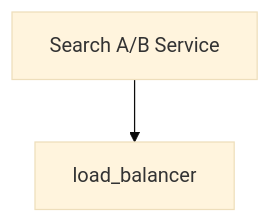
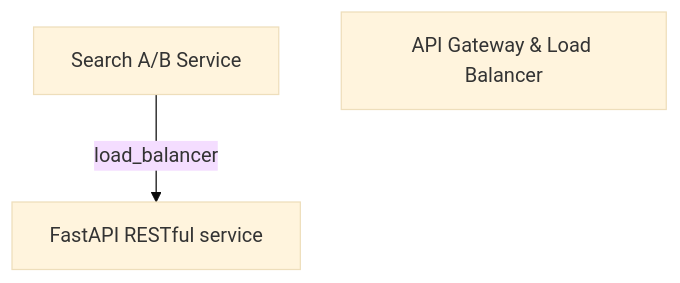
One commit to caiferris/qtact changed the diagram in osprey_search_ARCHITECTURE.md. Above: the diagram before and after it, drawn with Mermaid (base theme).

Commit message:
Updated osprey doc

````diff
--- a/osprey_search_ARCHITECTURE.md
+++ b/osprey_search_ARCHITECTURE.md
@@ -45,5 +45,7 @@
 ```mermaid
 flowchart 
   query["Search A/B Service"]
-  query --> load_balancer
+  load_balancer["API Gateway & Load Balancer"]
+  api_server["FastAPI RESTful service"]
+  query -- load_balancer --> api_server
 ```
````
